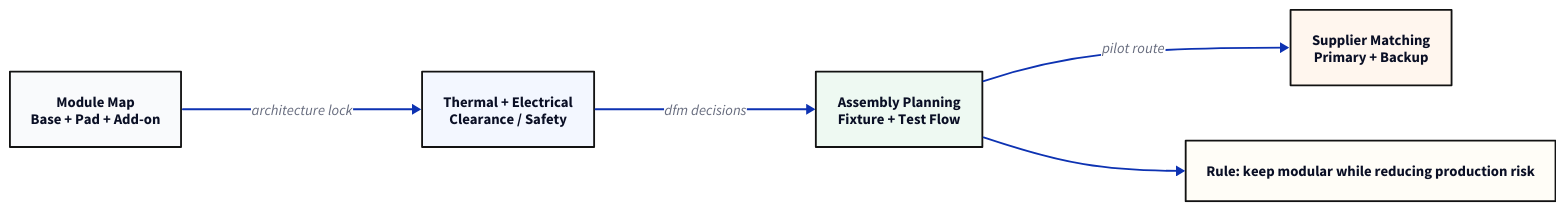
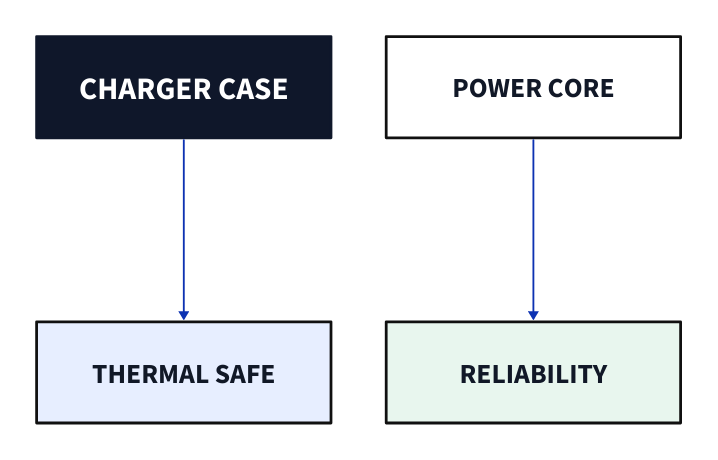
One commit to shenlian583-afk/tianan changed the diagram in assets/covers/d2/cover-charger.d2. Above: the diagram before and after it, drawn with D2. The commit also changed 23 other files, not shown here.

```diff
--- a/assets/covers/d2/cover-charger.d2
+++ b/assets/covers/d2/cover-charger.d2
@@ -1,42 +1,58 @@
-direction: right
+direction: down
 
-modules: {
-  label: "Module Map\nBase + Pad + Add-on"
-  style.fill: "#F9FAFC"
-  style.stroke: "#121212"
-  style.stroke-width: 2
+r1: {
+  label: ""
+  style.stroke-width: 0
+  style.fill: "transparent"
+  direction: right
+  a: {
+    label: "CHARGER CASE"
+    width: 320
+    height: 110
+    style.fill: "#0F172A"
+    style.stroke: "#0F172A"
+    style.stroke-width: 3
+    style.font-color: "#FFFFFF"
+    style.font-size: 34
+  }
+  b: {
+    label: "POWER CORE"
+    width: 320
+    height: 110
+    style.fill: "#FFFFFF"
+    style.stroke: "#101010"
+    style.stroke-width: 3
+    style.font-size: 30
+    style.font-color: "#111827"
+  }
 }
 
-thermal: {
-  label: "Thermal + Electrical\nClearance / Safety"
-  style.fill: "#F3F7FF"
-  style.stroke: "#121212"
-  style.stroke-width: 2
+r2: {
+  label: ""
+  style.stroke-width: 0
+  style.fill: "transparent"
+  direction: right
+  c: {
+    label: "THERMAL SAFE"
+    width: 320
+    height: 110
+    style.fill: "#E7EEFF"
+    style.stroke: "#101010"
+    style.stroke-width: 3
+    style.font-size: 30
+    style.font-color: "#111827"
+  }
+  d: {
+    label: "RELIABILITY"
+    width: 320
+    height: 110
+    style.fill: "#E8F6EE"
+    style.stroke: "#101010"
+    style.stroke-width: 3
+    style.font-size: 30
+    style.font-color: "#111827"
+  }
 }
 
-assembly: {
-  label: "Assembly Planning\nFixture + Test Flow"
-  style.fill: "#EEF9F2"
-  style.stroke: "#121212"
-  style.stroke-width: 2
-}
-
-supplier: {
-  label: "Supplier Matching\nPrimary + Backup"
-  style.fill: "#FFF6EE"
-  style.stroke: "#121212"
-  style.stroke-width: 2
-}
-
-modules -> thermal: "architecture lock"
-thermal -> assembly: "dfm decisions"
-assembly -> supplier: "pilot route"
-
-rule: {
-  label: "Rule: keep modular while reducing production risk"
-  style.fill: "#FFFDF7"
-  style.stroke: "#121212"
-  style.stroke-width: 2
-}
-
-assembly -> rule
+r1.a -> r2.c
+r1.b -> r2.d
```
